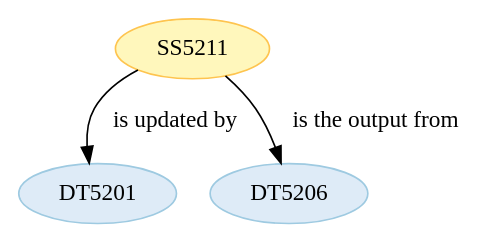
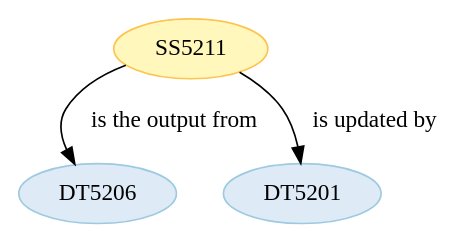
The diagram in wf5201/ST520111.dot (Marco-Salvi/cwl-test), drawn with Graphviz before and after one commit. The commit also changed other lines of this file and 15 other files, not shown here.

```diff
--- a/wf5201/ST520111.dot
+++ b/wf5201/ST520111.dot
@@ -1,14 +1,14 @@
 strict digraph {
 
-
-	"DT5201" [ color="2", colorscheme="blues3", fillcolor="1", style="filled",  weight=0 ];
 
 	"DT5206" [ color="2", colorscheme="blues3", fillcolor="1", style="filled",  weight=0 ];
 
 	"SS5211" [ color="2", colorscheme="ylorbr3", fillcolor="1", style="filled",  weight=0 ];
 
 	"SS5211" -> "DT5201" [ label="is updated by", labeltooltip="DT5201 - is updated by - SS5211",  weight=0 ];
 
 	"SS5211" -> "DT5206" [ label="is the output from", labeltooltip="DT5206 - is the output from - SS5211",  weight=0 ];
 
+	"DT5201" [ color="2", colorscheme="blues3", fillcolor="1", style="filled",  weight=0 ];
+
 }
```
